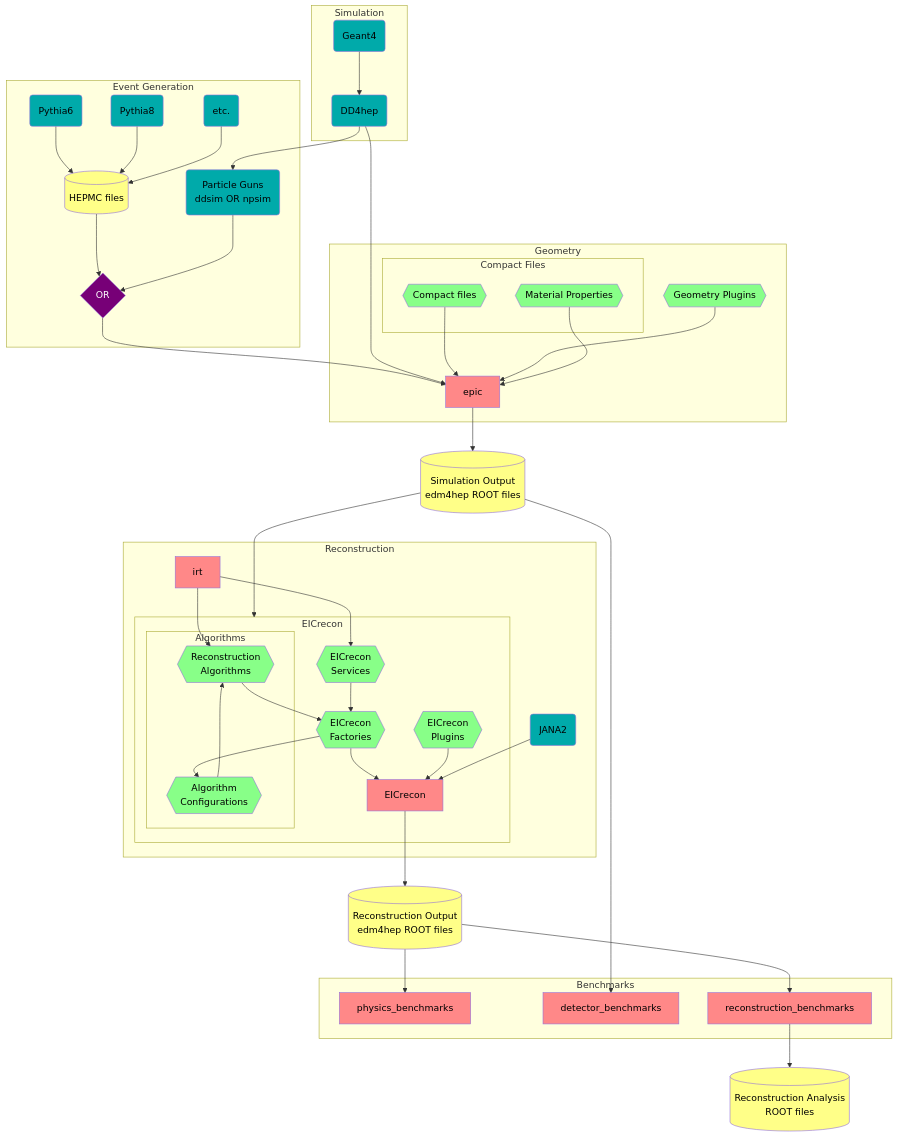
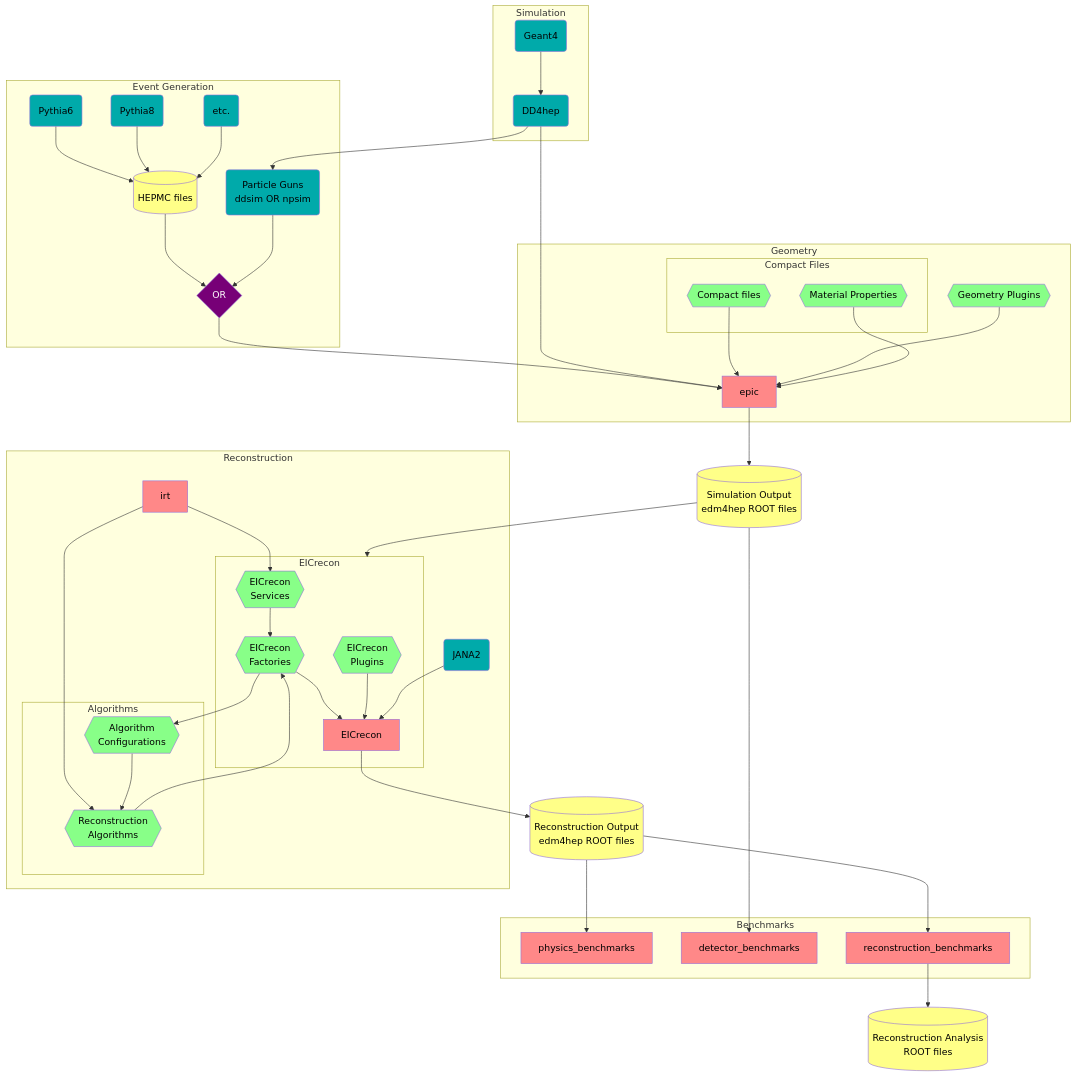
Before and after one commit to eic/drich-dev: the third of 3 diagrams in README.md, drawn with Mermaid.

Commit message:
modified:   README.md

````diff
--- a/README.md
+++ b/README.md
@@ -228,83 +228,83 @@
 ```mermaid
 flowchart TB
   classDef epic fill:#ff8888,color:black
   classDef dep fill:#00aaaa,color:black
   classDef obj fill:#88ff88,color:black
   classDef data fill:#ffff88,color:black
   classDef op fill:#770077,color:white
 
   subgraph Event Generation
     Pythia6(Pythia6):::dep
     Pythia8(Pythia8):::dep
     OtherGen(etc.):::dep
     Hepmc[(HEPMC files)]:::data
     Gun(Particle Guns<br/>ddsim OR npsim):::dep
     GenOR{OR}:::op
   end
   Pythia6  --> Hepmc
   Pythia8  --> Hepmc
   OtherGen --> Hepmc
   Hepmc    --> GenOR
   Gun      --> GenOR
 
   subgraph Simulation
     DD4hep(DD4hep):::dep
     Geant(Geant4):::dep
   end
   Geant --> DD4hep
 
   subgraph Geometry
     Epic[epic]:::epic
     subgraph Compact Files
       DDCompact{{Compact files}}:::obj
       DDMat{{Material Properties}}:::obj
     end
     DDPlugin{{Geometry Plugins}}:::obj
   end
   SimOut[(Simulation Output<br/>edm4hep ROOT files)]:::data
   DD4hep    --> Gun
   GenOR     --> Epic
   DD4hep    --> Epic
   DDCompact --> Epic
   DDPlugin  --> Epic
   DDMat     --> Epic
   Epic      --> SimOut
 
   subgraph Reconstruction
     JANA(JANA2):::dep
     IRT[irt]:::epic
+    subgraph Algorithms
+      RecoAlgorithms{{Reconstruction<br/>Algorithms}}:::obj
+      RecoAlgorithmConfigs{{Algorithm<br/>Configurations}}:::obj
+    end
     subgraph EICrecon
-      subgraph Algorithms
-        RecoAlgorithms{{Reconstruction<br/>Algorithms}}:::obj
-        RecoAlgorithmConfigs{{Algorithm<br/>Configurations}}:::obj
-      end
       EICreconPlugins{{EICrecon<br/>Plugins}}:::obj
       EICreconFactories{{EICrecon<br/>Factories}}:::obj
       EICreconServices{{EICrecon<br/>Services}}:::obj
       EICreconRepo[EICrecon]:::epic
     end
   end
   RecOut[(Reconstruction Output<br/>edm4hep ROOT files)]:::data
   SimOut               ---> EICrecon
   IRT                  -->  EICreconServices
   IRT                  -->  RecoAlgorithms
   RecoAlgorithmConfigs -->  RecoAlgorithms
   EICreconServices     -->  EICreconFactories
   RecoAlgorithms       -->  EICreconFactories
   EICreconFactories    -->  RecoAlgorithmConfigs
   EICreconFactories    -->  EICreconRepo
   EICreconPlugins      -->  EICreconRepo
   JANA                 -->  EICreconRepo
   EICreconRepo         -->  RecOut
 
   subgraph Benchmarks
     PhysicsBenchmarks[physics_benchmarks]:::epic
     DetectorBenchmarks[detector_benchmarks]:::epic
     ReconstructionBenchmarks[reconstruction_benchmarks]:::epic
   end
   AnaOut[(Reconstruction Analysis<br/>ROOT files)]:::data
   SimOut --> DetectorBenchmarks
   RecOut --> PhysicsBenchmarks
   RecOut --> ReconstructionBenchmarks --> AnaOut
 
 ```
````
